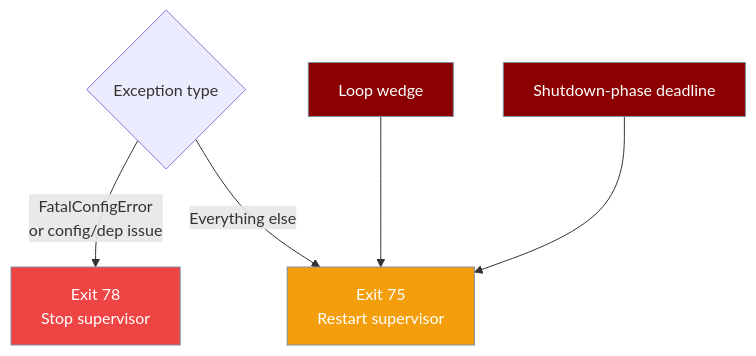
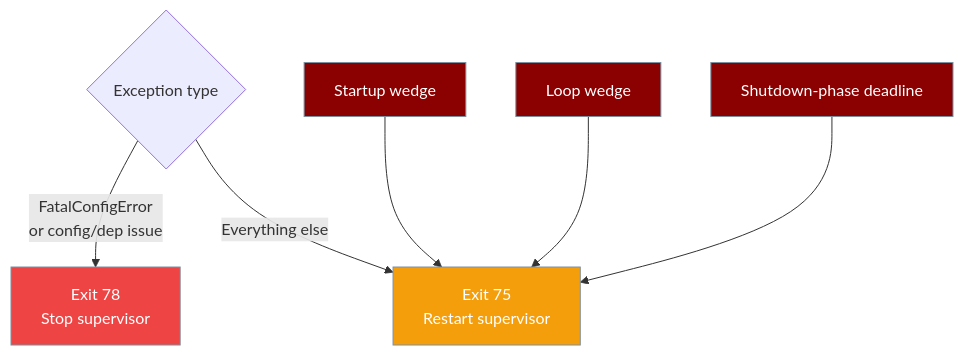
The second of 3 diagrams in docs/features/gateway-exit-codes.mdx (MervinPraison/PraisonAIDocs), drawn with Mermaid before and after one commit. The commit also changed other lines of this file and 8 other files, not shown here.

First line of the commit message:
docs: add Gateway Startup Watchdog page for StartupWatchdog (fixes #4339)

````diff
--- a/docs/features/gateway-exit-codes.mdx
+++ b/docs/features/gateway-exit-codes.mdx
@@ -139,15 +140,16 @@
 ```mermaid
 graph TB
     E{Exception type} -->|FatalConfigError\nor config/dep issue| F78[Exit 78\nStop supervisor]
     E -->|Everything else| F75[Exit 75\nRestart supervisor]
+    STARTUP[Startup wedge] --> F75
     WEDGE[Loop wedge] --> F75
     DEADLINE[Shutdown-phase deadline] --> F75
 
     classDef fatal fill:#EF4444,stroke:#7C90A0,color:#fff
     classDef temp fill:#F59E0B,stroke:#7C90A0,color:#fff
     classDef watchdog fill:#8B0000,stroke:#7C90A0,color:#fff
 
     class F78 fatal
     class F75 temp
-    class WEDGE,DEADLINE watchdog
+    class STARTUP,WEDGE,DEADLINE watchdog
 ```
````
